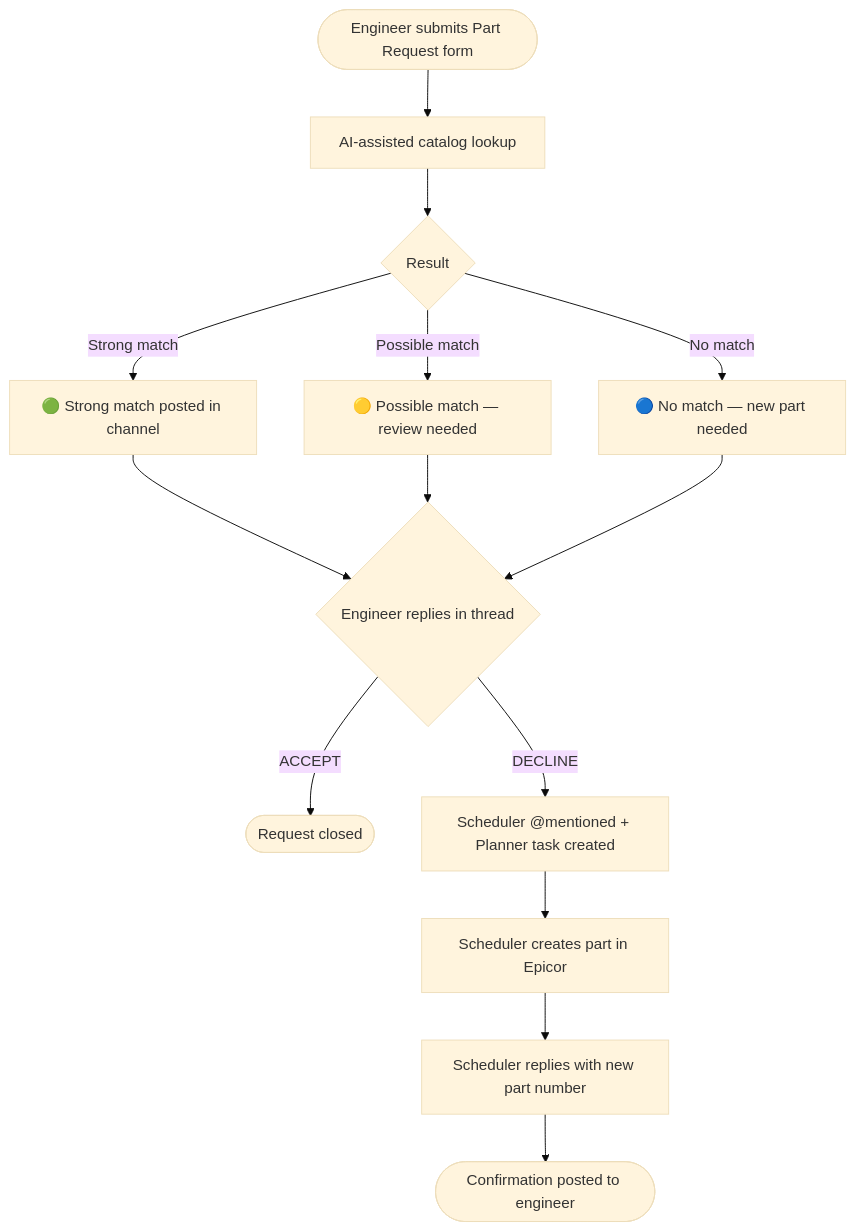
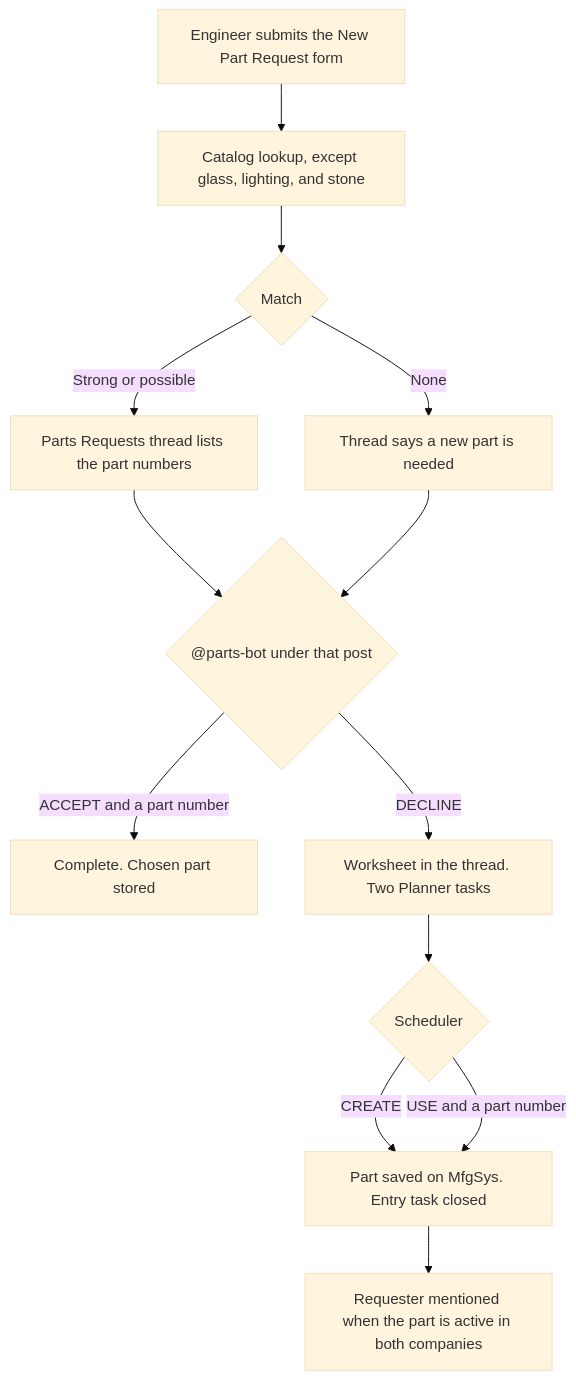
One commit to cwka-engineering/cwka-engineering.github.io changed the diagram in tools/releases-and-requests/part-requests.md. Above: the diagram before and after it, drawn with Mermaid (base theme). The commit also changed other lines of this file and 30 other files, not shown here.

First line of the commit message:
Wiki: describe the live submittal, FE to PE, and part-request handoffs.

````diff
--- a/tools/releases-and-requests/part-requests.md
+++ b/tools/releases-and-requests/part-requests.md
@@ -20,16 +20,15 @@
 ```mermaid
 flowchart TD
-  A([Engineer submits Part Request form]) --> B[AI-assisted catalog lookup]
-  B --> C{Result}
-  C -->|Strong match| D[🟢 Strong match posted in channel]
-  C -->|Possible match| E[🟡 Possible match — review needed]
-  C -->|No match| F[🔵 No match — new part needed]
-  D --> G{Engineer replies in thread}
-  E --> G
-  F --> G
-  G -->|ACCEPT| H([Request closed])
-  G -->|DECLINE| I[Scheduler @mentioned + Planner task created]
-  I --> J[Scheduler creates part in Epicor]
-  J --> K[Scheduler replies with new part number]
-  K --> L([Confirmation posted to engineer])
+  A["Engineer submits the New Part Request form"] --> B["Catalog lookup, except glass, lighting, and stone"]
+  B --> C{"Match"}
+  C -->|Strong or possible| D["Parts Requests thread lists the part numbers"]
+  C -->|None| E["Thread says a new part is needed"]
+  D --> F{"@parts-bot under that post"}
+  E --> F
+  F -->|ACCEPT and a part number| G["Complete. Chosen part stored"]
+  F -->|DECLINE| H["Worksheet in the thread. Two Planner tasks"]
+  H --> I{"Scheduler"}
+  I -->|CREATE| J["Part saved on MfgSys. Entry task closed"]
+  I -->|USE and a part number| J
+  J --> K["Requester mentioned when the part is active in both companies"]
 ```
````
